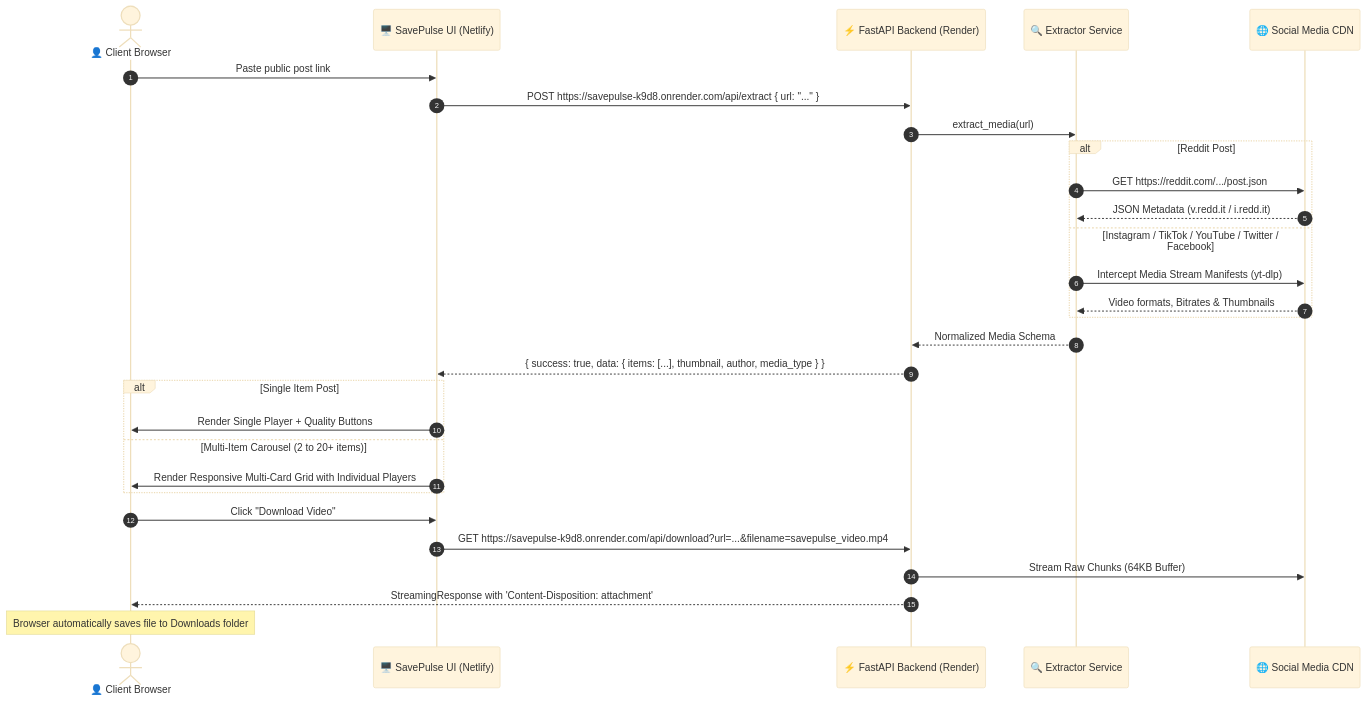
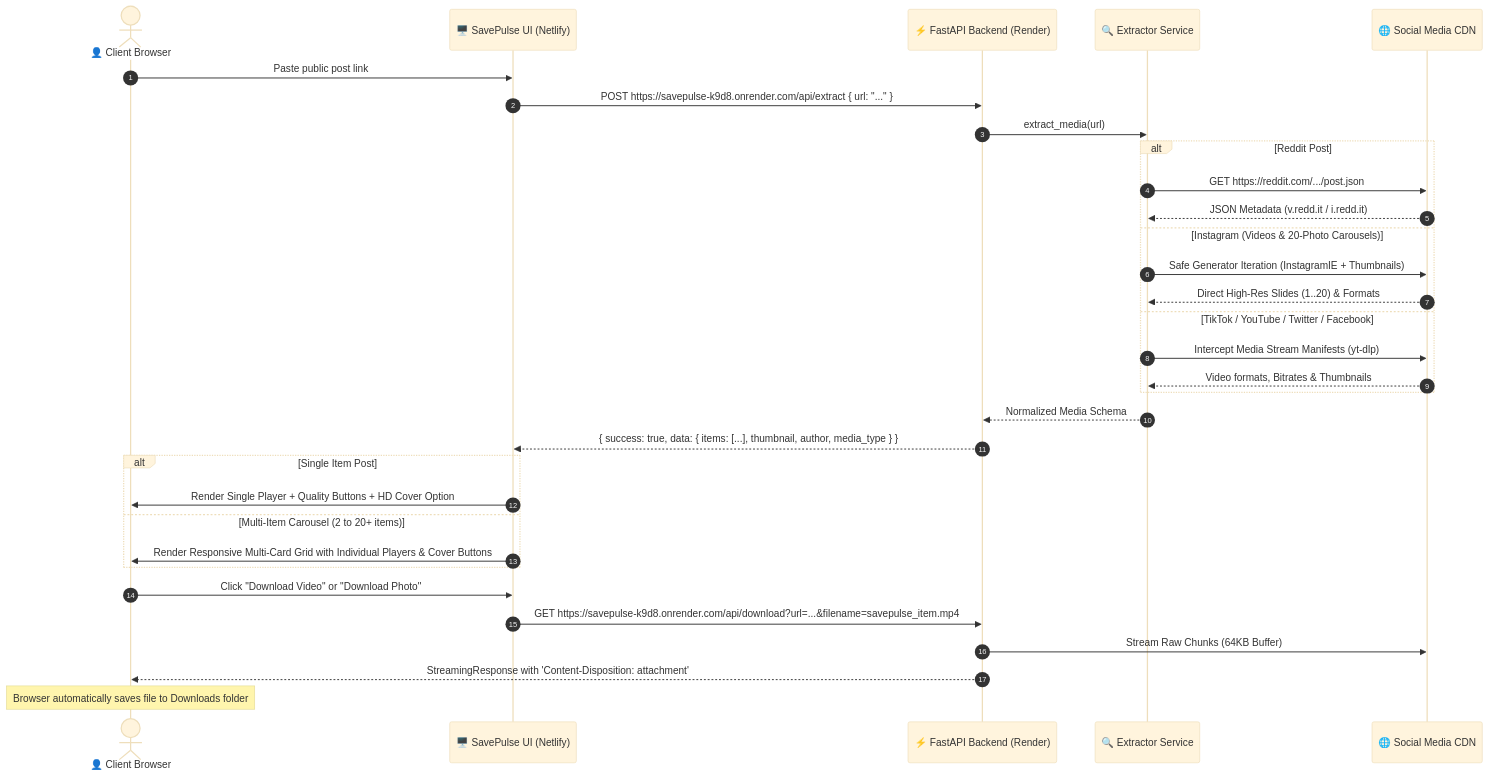
The second of 2 diagrams in README.md (aakashsakhalkar/SavePulse), drawn with Mermaid (base theme) before and after one commit. The commit also changed other lines of this file, not shown here.

Commit message:
Update README.md with comprehensive documentation, 20-photo carousel support, and cover downloads

````diff
--- a/README.md
+++ b/README.md
@@ -85,36 +88,39 @@
 ```mermaid
 sequenceDiagram
     autonumber
     actor User as 👤 Client Browser
     participant UI as 🖥️ SavePulse UI (Netlify)
     participant API as ⚡ FastAPI Backend (Render)
     participant Extractor as 🔍 Extractor Service
     participant CDN as 🌐 Social Media CDN
 
     User->>UI: Paste public post link
     UI->>API: POST https://savepulse-k9d8.onrender.com/api/extract { url: "..." }
     API->>Extractor: extract_media(url)
     
     alt Reddit Post
         Extractor->>CDN: GET https://reddit.com/.../post.json
         CDN-->>Extractor: JSON Metadata (v.redd.it / i.redd.it)
-    else Instagram / TikTok / YouTube / Twitter / Facebook
+    else Instagram (Videos & 20-Photo Carousels)
+        Extractor->>CDN: Safe Generator Iteration (InstagramIE + Thumbnails)
+        CDN-->>Extractor: Direct High-Res Slides (1..20) & Formats
+    else TikTok / YouTube / Twitter / Facebook
         Extractor->>CDN: Intercept Media Stream Manifests (yt-dlp)
         CDN-->>Extractor: Video formats, Bitrates & Thumbnails
     end
 
     Extractor-->>API: Normalized Media Schema
     API-->>UI: { success: true, data: { items: [...], thumbnail, author, media_type } }
     
     alt Single Item Post
-        UI->>User: Render Single Player + Quality Buttons
+        UI->>User: Render Single Player + Quality Buttons + HD Cover Option
     else Multi-Item Carousel (2 to 20+ items)
-        UI->>User: Render Responsive Multi-Card Grid with Individual Players
+        UI->>User: Render Responsive Multi-Card Grid with Individual Players & Cover Buttons
     end
 
-    User->>UI: Click "Download Video"
-    UI->>API: GET https://savepulse-k9d8.onrender.com/api/download?url=...&filename=savepulse_video.mp4
+    User->>UI: Click "Download Video" or "Download Photo"
+    UI->>API: GET https://savepulse-k9d8.onrender.com/api/download?url=...&filename=savepulse_item.mp4
     API->>CDN: Stream Raw Chunks (64KB Buffer)
     API-->>User: StreamingResponse with 'Content-Disposition: attachment'
     Note over User: Browser automatically saves file to Downloads folder
 ```
````
